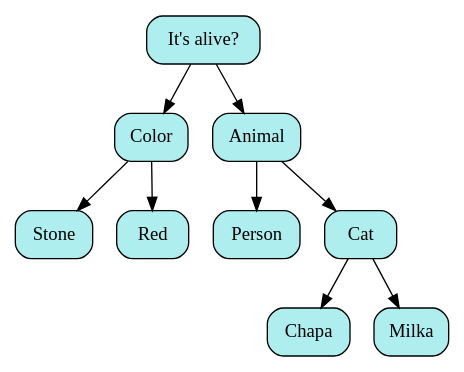
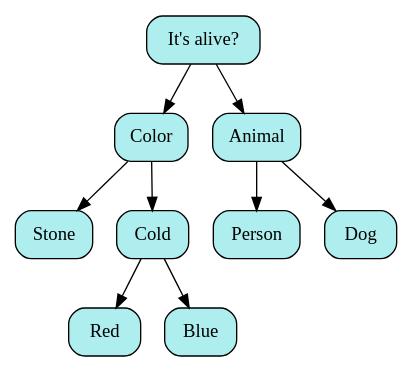
Before and after one commit to SashaKhaytina/Akinator: the diagram in pictures/image04.dot, drawn with Graphviz. The commit also changed 20 other files, not shown here.

```diff
--- a/pictures/image04.dot
+++ b/pictures/image04.dot
@@ -1,21 +1,21 @@
 digraph
 {
 rankdir = TB;
-POINT_0x5d40bfd14480[shape=Mrecord, label = "It's alive?", style="filled",fillcolor="#AFEEEE"]
-POINT_0x5d40bfd14640[shape=Mrecord, label = "Color", style="filled",fillcolor="#AFEEEE"]
-POINT_0x5d40bfd16590[shape=Mrecord, label = "Stone", style="filled",fillcolor="#AFEEEE"]
-POINT_0x5d40bfd164b0[shape=Mrecord, label = "Red", style="filled",fillcolor="#AFEEEE"]
-POINT_0x5d40bfd14560[shape=Mrecord, label = "Animal", style="filled",fillcolor="#AFEEEE"]
-POINT_0x5d40bfd16210[shape=Mrecord, label = "Person", style="filled",fillcolor="#AFEEEE"]
-POINT_0x5d40bfd16130[shape=Mrecord, label = "Cat", style="filled",fillcolor="#AFEEEE"]
-POINT_0x5d40bfd163d0[shape=Mrecord, label = "Chapa", style="filled",fillcolor="#AFEEEE"]
-POINT_0x5d40bfd162f0[shape=Mrecord, label = "Milka", style="filled",fillcolor="#AFEEEE"]
-POINT_0x5d40bfd14480 -> POINT_0x5d40bfd14640
-POINT_0x5d40bfd14480 -> POINT_0x5d40bfd14560
-POINT_0x5d40bfd14640 -> POINT_0x5d40bfd16590
-POINT_0x5d40bfd14640 -> POINT_0x5d40bfd164b0
-POINT_0x5d40bfd14560 -> POINT_0x5d40bfd16210
-POINT_0x5d40bfd14560 -> POINT_0x5d40bfd16130
-POINT_0x5d40bfd16130 -> POINT_0x5d40bfd163d0
-POINT_0x5d40bfd16130 -> POINT_0x5d40bfd162f0
+POINT_0x63f77b2fa480[shape=Mrecord, label = "It's alive?", style="filled",fillcolor="#AFEEEE"]
+POINT_0x63f77b2fa640[shape=Mrecord, label = "Color", style="filled",fillcolor="#AFEEEE"]
+POINT_0x63f77b2fc3d0[shape=Mrecord, label = "Stone", style="filled",fillcolor="#AFEEEE"]
+POINT_0x63f77b2fc2f0[shape=Mrecord, label = "Cold", style="filled",fillcolor="#AFEEEE"]
+POINT_0x63f77b2fc590[shape=Mrecord, label = "Red", style="filled",fillcolor="#AFEEEE"]
+POINT_0x63f77b2fc4b0[shape=Mrecord, label = "Blue", style="filled",fillcolor="#AFEEEE"]
+POINT_0x63f77b2fa560[shape=Mrecord, label = "Animal", style="filled",fillcolor="#AFEEEE"]
+POINT_0x63f77b2fc210[shape=Mrecord, label = "Person", style="filled",fillcolor="#AFEEEE"]
+POINT_0x63f77b2fc130[shape=Mrecord, label = "Dog", style="filled",fillcolor="#AFEEEE"]
+POINT_0x63f77b2fa480 -> POINT_0x63f77b2fa640
+POINT_0x63f77b2fa480 -> POINT_0x63f77b2fa560
+POINT_0x63f77b2fa640 -> POINT_0x63f77b2fc3d0
+POINT_0x63f77b2fa640 -> POINT_0x63f77b2fc2f0
+POINT_0x63f77b2fc2f0 -> POINT_0x63f77b2fc590
+POINT_0x63f77b2fc2f0 -> POINT_0x63f77b2fc4b0
+POINT_0x63f77b2fa560 -> POINT_0x63f77b2fc210
+POINT_0x63f77b2fa560 -> POINT_0x63f77b2fc130
 }
```
